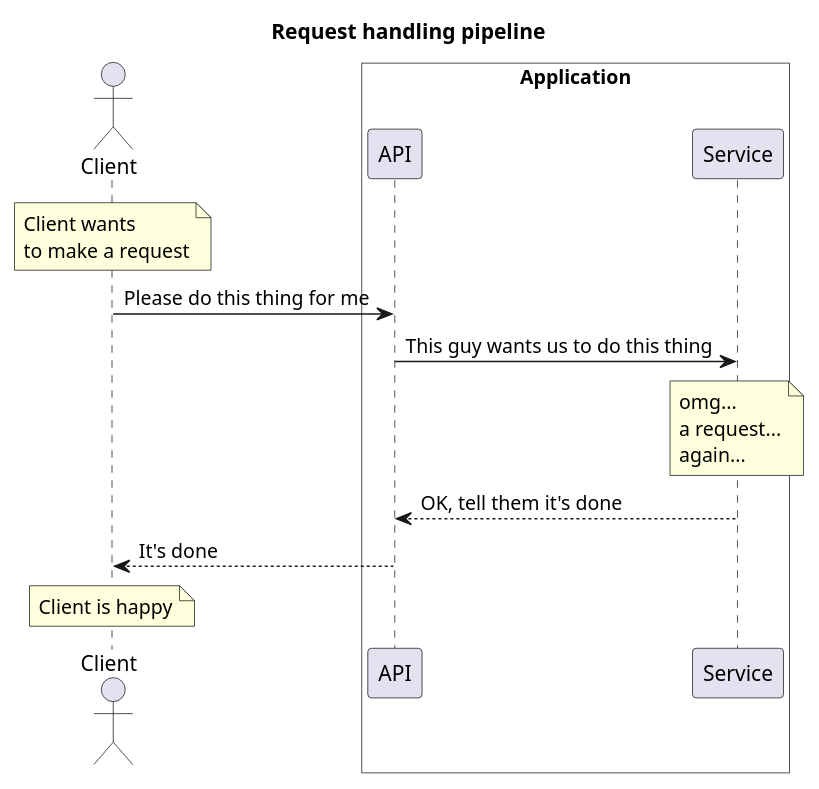
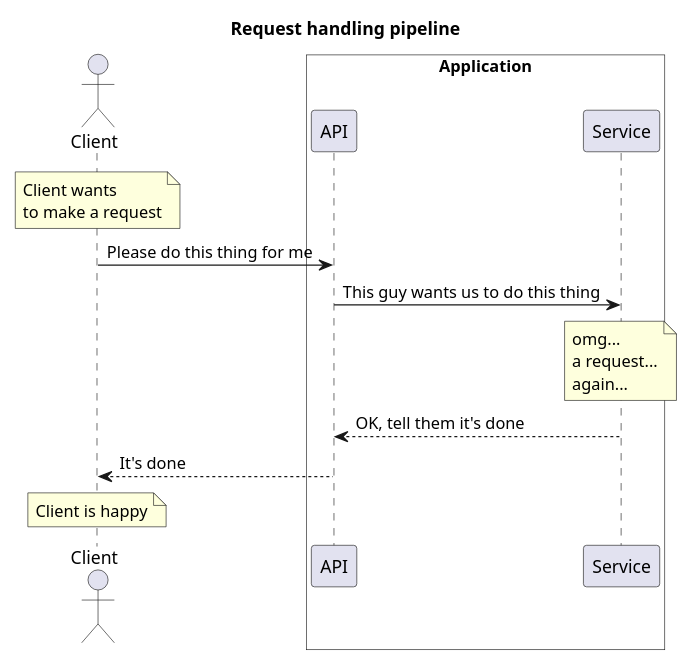
Before and after one commit to agibalov/app-docs-experiment: the first of 9 diagrams in src/main/asciidoc/app.adoc, drawn with PlantUML. The commit also changed other lines of this file and 1 other file, not shown here.

```diff
--- a/src/main/asciidoc/app.adoc
+++ b/src/main/asciidoc/app.adoc
@@ -35,32 +41,34 @@
-[plantuml, request-handling-pipeline, svg]
+[plantuml, request-handling-pipeline, format="svg", align="center"]
 ----
 @startuml
+
+scale 450x450
 
 title Request handling pipeline
 
 actor Client
 
 box "Application" #fff
     participant API
     participant Service
 end box
 
 note over Client
     Client wants
     to make a request
 end note
 Client -> API : Please do this thing for me
 API -> Service : This guy wants us to do this thing
 note over Service
     omg...
     a request...
     again...
 end note
 API <-- Service : OK, tell them it's done
 Client <-- API : It's done
 note over Client
     Client is happy
 end note
 
 @enduml
 ----
```
